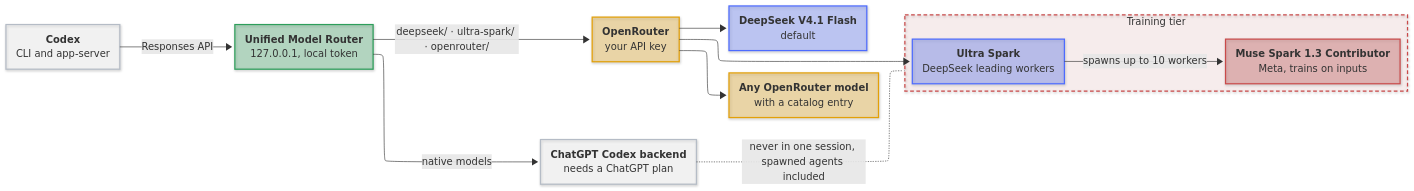
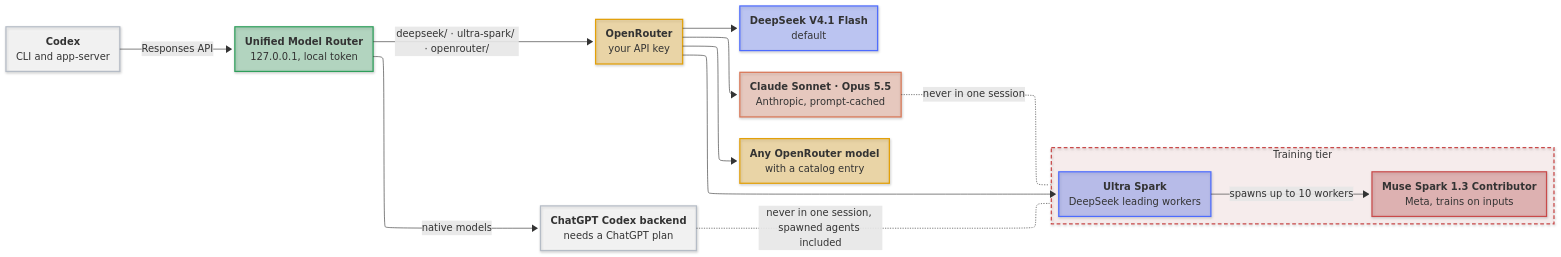
The diagram in README.md (mirzahusadzic/codex-unified-model-router), drawn with Mermaid before and after one commit. The commit also changed other lines of this file and 4 other files, not shown here.

````diff
--- a/README.md
+++ b/README.md
@@ -71,6 +71,7 @@
     OR["<b>OpenRouter</b><br/>your API key"]
     OA["<b>ChatGPT Codex backend</b><br/>needs a ChatGPT plan"]
     DS["<b>DeepSeek V4.1 Flash</b><br/>default"]
+    CL["<b>Claude Sonnet · Opus 5.5</b><br/>Anthropic, prompt-cached"]
     AM["<b>Any OpenRouter model</b><br/>with a catalog entry"]
     subgraph TT["Training tier"]
         US["<b>Ultra Spark</b><br/>DeepSeek leading workers"]
@@ -80,22 +81,26 @@
     RT -->|"deepseek/ · ultra-spark/ · openrouter/"| OR
     RT -->|"native models"| OA
     OR --> DS
+    OR --> CL
     OR --> AM
     OR --> US
     US -->|"spawns up to 10 workers"| MU
     OA -.-|"never in one session, spawned agents included"| TT
+    CL -.-|"never in one session"| TT
 
     classDef default fill:#8a96a82e,stroke:#8a96a8,stroke-width:1px
     classDef router fill:#2e9e5b4d,stroke:#2e9e5b,stroke-width:2px
     classDef openrouter fill:#e3a0084d,stroke:#e3a008,stroke-width:2px
     classDef deepseek fill:#4d6bfe4d,stroke:#4d6bfe,stroke-width:2px
     classDef openai fill:#ffffff40,stroke:#b5bcc6,stroke-width:2px
+    classDef anthropic fill:#d977574d,stroke:#d97757,stroke-width:2px
     classDef training fill:#c94a4a4d,stroke:#c94a4a,stroke-width:2px
     classDef trainingTier fill:#c94a4a14,stroke:#c94a4a,stroke-width:2px,stroke-dasharray:6 4
     class RT router
     class OR,AM openrouter
     class DS,US deepseek
     class CX,OA openai
+    class CL anthropic
     class MU training
     class TT trainingTier
 ```
````
